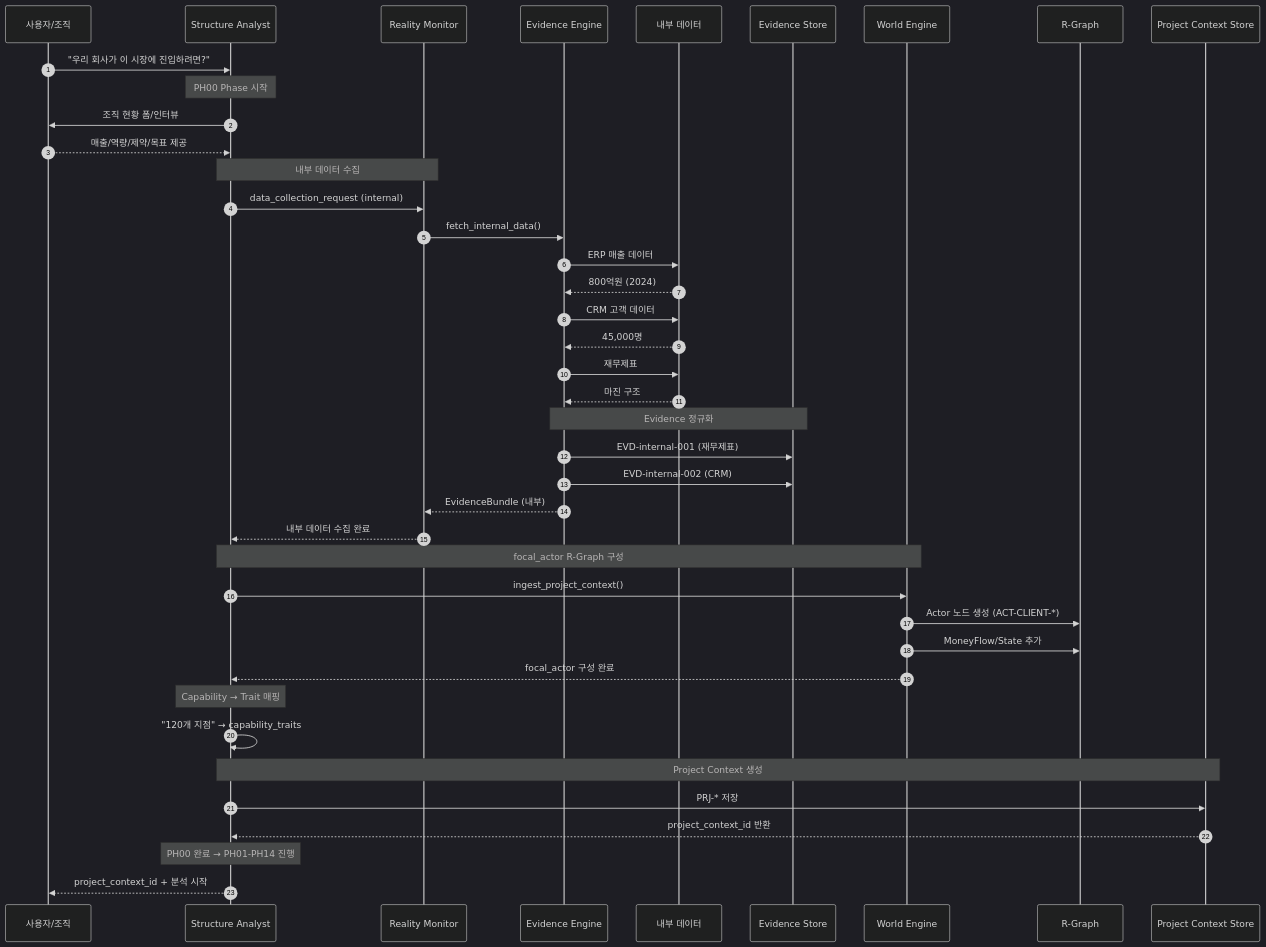
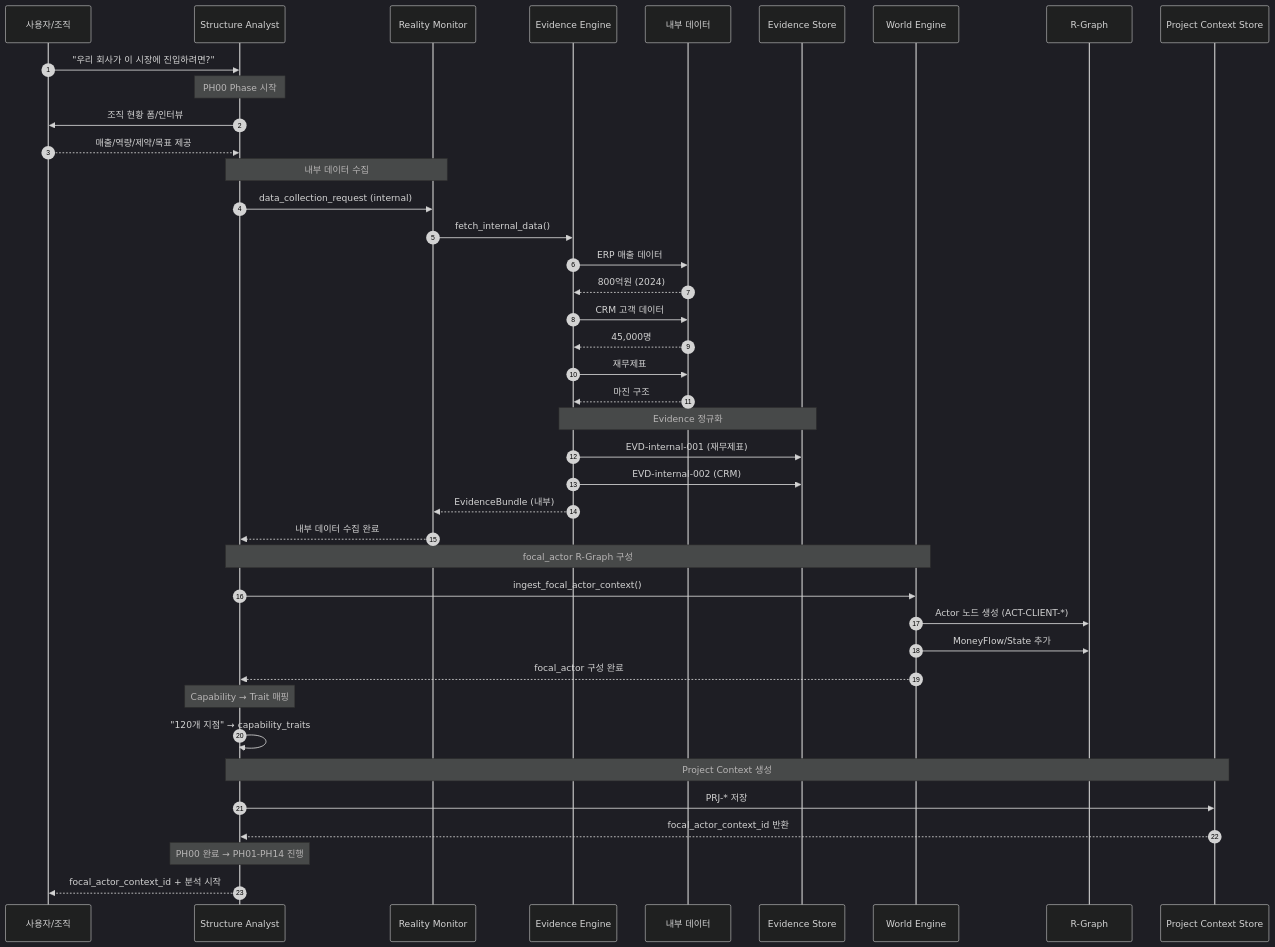
The seventh of 15 diagrams in dev/docs/implementation/CMIS_Structure_Analysis_Diagrams.md (kangminlee-maker/cmis-v2), drawn with Mermaid (dark theme) before and after one commit. The commit also changed other lines of this file and 235 other files, not shown here.

First line of the commit message:
feat: brownfield ingest MVP + focal actor context unification

````diff
--- a/dev/docs/implementation/CMIS_Structure_Analysis_Diagrams.md
+++ b/dev/docs/implementation/CMIS_Structure_Analysis_Diagrams.md
@@ -461,55 +461,55 @@
 ```mermaid
 sequenceDiagram
     autonumber
-    
+
     participant User as 사용자/조직
     participant SA as Structure Analyst
     participant RM as Reality Monitor
     participant EE as Evidence Engine
     participant INT_DATA as 내부 데이터
     participant ES as Evidence Store
     participant WE as World Engine
     participant RG as R-Graph
     participant PCS as Project Context Store
 
     User->>SA: "우리 회사가 이 시장에 진입하려면?"
-    
+
     Note over SA: PH00 Phase 시작
     SA->>User: 조직 현황 폼/인터뷰
     User-->>SA: 매출/역량/제약/목표 제공
-    
+
     Note over SA,RM: 내부 데이터 수집
     SA->>RM: data_collection_request (internal)
     RM->>EE: fetch_internal_data()
-    
+
     EE->>INT_DATA: ERP 매출 데이터
     INT_DATA-->>EE: 800억원 (2024)
-    
+
     EE->>INT_DATA: CRM 고객 데이터
     INT_DATA-->>EE: 45,000명
-    
+
     EE->>INT_DATA: 재무제표
     INT_DATA-->>EE: 마진 구조
-    
+
     Note over EE,ES: Evidence 정규화
     EE->>ES: EVD-internal-001 (재무제표)
     EE->>ES: EVD-internal-002 (CRM)
     EE-->>RM: EvidenceBundle (내부)
     RM-->>SA: 내부 데이터 수집 완료
-    
+
     Note over SA,WE: focal_actor R-Graph 구성
-    SA->>WE: ingest_project_context()
+    SA->>WE: ingest_focal_actor_context()
     WE->>RG: Actor 노드 생성 (ACT-CLIENT-*)
     WE->>RG: MoneyFlow/State 추가
     WE-->>SA: focal_actor 구성 완료
-    
+
     Note over SA: Capability → Trait 매핑
     SA->>SA: "120개 지점" → capability_traits
-    
+
     Note over SA,PCS: Project Context 생성
     SA->>PCS: PRJ-* 저장
-    PCS-->>SA: project_context_id 반환
-    
+    PCS-->>SA: focal_actor_context_id 반환
+
     Note over SA: PH00 완료 → PH01-PH14 진행
-    SA-->>User: project_context_id + 분석 시작
+    SA-->>User: focal_actor_context_id + 분석 시작
 ```
````
